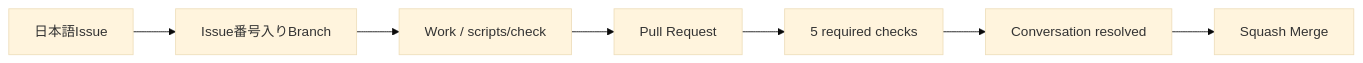
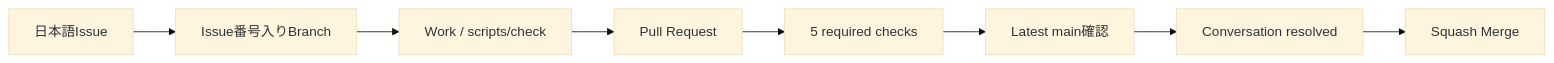
Before and after one commit to k-systems202208/python-sqlite-tailscale-webapp-template: the fifth of 5 diagrams in docs/GITHUB-SETUP.md, drawn with Mermaid (base theme). The commit also changed other lines of this file and 6 other files, not shown here.

````diff
--- a/docs/GITHUB-SETUP.md
+++ b/docs/GITHUB-SETUP.md
@@ -185,9 +215,10 @@
 ```mermaid
 flowchart LR
     I["日本語Issue"] --> B["Issue番号入りBranch"]
     B --> W["Work / scripts/check"]
     W --> P["Pull Request"]
     P --> C["5 required checks"]
-    C --> R["Conversation resolved"]
+    C --> U["Latest main確認"]
+    U --> R["Conversation resolved"]
     R --> M["Squash Merge"]
 ```
````
